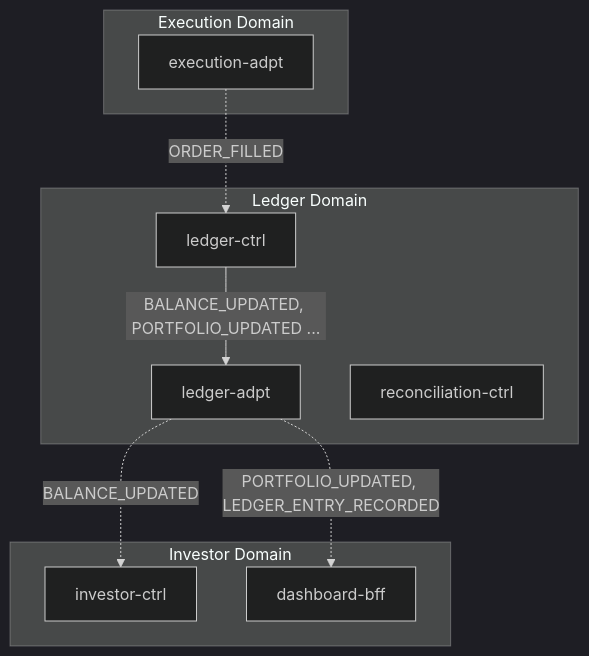
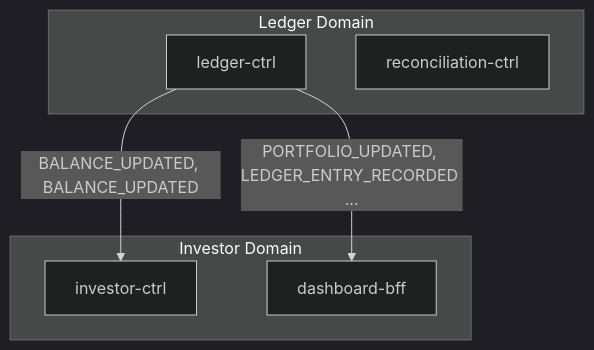
Before and after one commit to fabio-vitali/nestfolio: the first of 2 diagrams in docs/data-flows/order-ledger.md, drawn with Mermaid (dark theme). The commit also changed other lines of this file and 19 other files, not shown here.

First line of the commit message:
docs(flows): update flow specs and schema for pull model adapter routing

````diff
--- a/docs/data-flows/order-ledger.md
+++ b/docs/data-flows/order-ledger.md
@@ -11,19 +11,13 @@
 ```mermaid
 flowchart TD
-    subgraph execution["Execution Domain"]
-        execution_adpt["execution-adpt"]
-    end
     subgraph ledger["Ledger Domain"]
         ledger_ctrl["ledger-ctrl"]
-        ledger_adpt["ledger-adpt"]
         reconciliation_ctrl["reconciliation-ctrl"]
     end
     subgraph investor["Investor Domain"]
         investor_ctrl["investor-ctrl"]
         dashboard_bff["dashboard-bff"]
     end
-    execution_adpt -.->|"ORDER_FILLED"| ledger_ctrl
-    ledger_ctrl -->|"BALANCE_UPDATED, PORTFOLIO_UPDATED ..."| ledger_adpt
-    ledger_adpt -.->|"BALANCE_UPDATED"| investor_ctrl
-    ledger_adpt -.->|"PORTFOLIO_UPDATED, LEDGER_ENTRY_RECORDED"| dashboard_bff
+    ledger_ctrl -->|"BALANCE_UPDATED, BALANCE_UPDATED"| investor_ctrl
+    ledger_ctrl -->|"PORTFOLIO_UPDATED, LEDGER_ENTRY_RECORDED ..."| dashboard_bff
 ```
````
